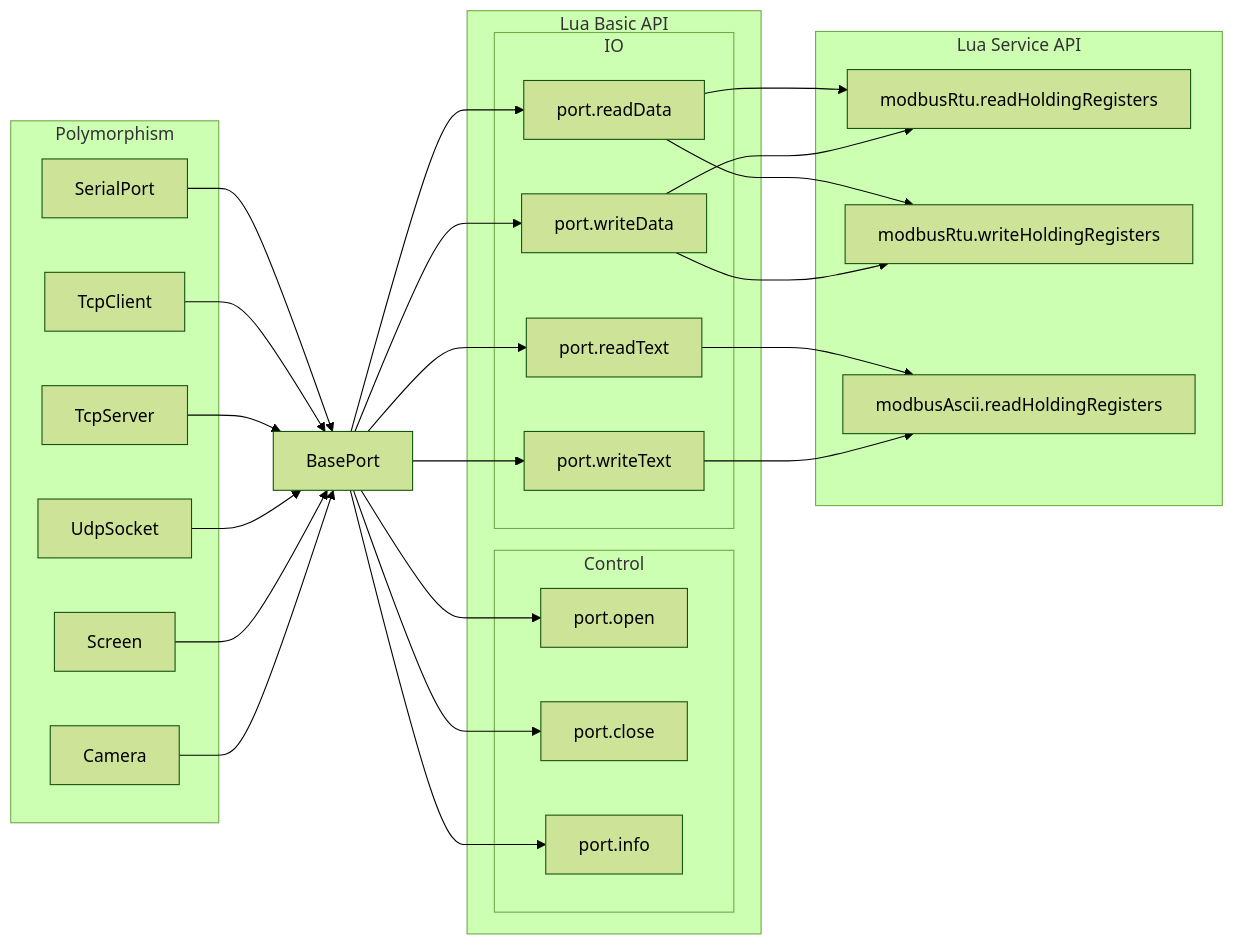
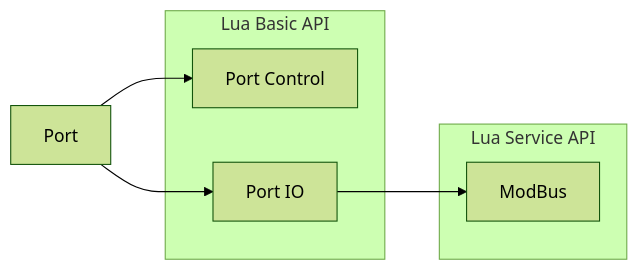
The first of 2 diagrams in readme.md (zyt20001205/UniComm2), drawn with Mermaid (forest theme) before and after one commit. The commit also changed other lines of this file, not shown here.

Commit message:
readme modified

````diff
--- a/readme.md
+++ b/readme.md
@@ -40,39 +40,30 @@
 ```mermaid
 flowchart LR
-    subgraph Polymorphism
-        serialPort[SerialPort]
-        tcpClient[TcpClient]
-        tcpServer[TcpServer]
-        udpSocket[UdpSocket]
-        screen[Screen]
-        camera[Camera]
-    end
-
-    basePort[BasePort]
+    port[Port]
 
     subgraph Lua Basic API
-        subgraph Control
-            portOpen[port.open]
-            portClose[port.close]
-            portInfo[port.info]
-        end
-        subgraph IO
-            portReadData[port.readData]
-            portWriteData[port.writeData]
-            portReadText[port.readText]
-            portWriteText[port.writeText]
-        end
+        portControl[Port Control]
+        portIO[Port IO]
+        
+%%        subgraph Control
+%%            portOpen[port.open]
+%%            portClose[port.close]
+%%            portInfo[port.info]
+%%        end
+%%        subgraph IO
+%%            portReadData[port.readData]
+%%            portWriteData[port.writeData]
+%%            portReadText[port.readText]
+%%            portWriteText[port.writeText]
+%%        end
     end
 
     subgraph Lua Service API
-        modbusRtuReadHoldingRegisters[modbusRtu.readHoldingRegisters]
-        modbusRtuWriteHoldingRegisters[modbusRtu.writeHoldingRegisters]
-        modbusAsciiReadHoldingRegisters[modbusAscii.readHoldingRegisters]
+        modbus[ModBus]
     end
+    
+    port --> portControl & portIO 
+    portIO --> modbus
 
-    serialPort & tcpClient & tcpServer & udpSocket & screen & camera --> basePort
-    basePort --> portOpen & portClose & portInfo & portReadData & portReadText & portWriteData & portWriteText
-    portReadData & portWriteData --> modbusRtuReadHoldingRegisters
-    portReadData & portWriteData --> modbusRtuWriteHoldingRegisters
-    portReadText & portWriteText --> modbusAsciiReadHoldingRegisters
+    click port "#support-port-types" "View Support Port Types"
 ```
````
